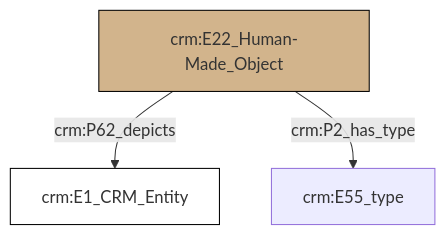
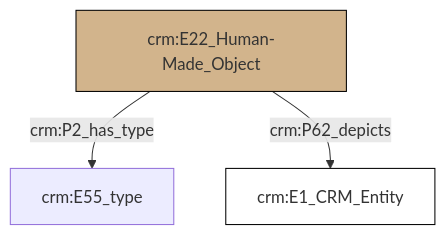
One commit to swiss-art-research-net/reference-data-models changed the diagram in et/builtWorkCSV/ttl/mmd/Built_Work_aboutness.ttl.mmd. Above: the diagram before and after it, drawn with Mermaid. The commit also changed 130 other files, not shown here.

```diff
--- a/et/builtWorkCSV/ttl/mmd/Built_Work_aboutness.ttl.mmd
+++ b/et/builtWorkCSV/ttl/mmd/Built_Work_aboutness.ttl.mmd
@@ -1,17 +1,17 @@
 graph TD
 classDef Literal fill:#f2f2f2,stroke:#000000;
 classDef CRM_Entity fill:#FFFFFF,stroke:#000000;
 classDef Temporal_Entity fill:#00C9E6, stroke:#000000;
 classDef Type fill:#E18312, stroke:#000000;
 classDef Time-Span fill:#2C9C91, stroke:#000000;
 classDef Appellation fill:#FFEB7F, stroke:#000000;
 classDef Place fill:#008836, stroke:#000000;
 classDef Persistent_Item fill:#B266B2, stroke:#000000;
 classDef Conceptual_Object fill:#FFD700, stroke:#000000;
 classDef Physical_Thing fill:#D2B48C, stroke:#000000;
 classDef Actor fill:#f58aad, stroke:#000000;
 classDef PC_Classes fill:#4ce600, stroke:#000000;
 classDef Multi fill:#cccccc,stroke:#000000;
 
-0["crm:E22_Human-Made_Object"]:::Physical_Thing -->|crm:P62_depicts| 1["crm:E1_CRM_Entity"]:::CRM_Entity
-0["crm:E22_Human-Made_Object"]:::Physical_Thing -->|crm:P2_has_type| 3["crm:E55_type"]:::Default
+0["crm:E22_Human-Made_Object"]:::Physical_Thing -->|crm:P2_has_type| 2["crm:E55_type"]:::Default
+0["crm:E22_Human-Made_Object"]:::Physical_Thing -->|crm:P62_depicts| 4["crm:E1_CRM_Entity"]:::CRM_Entity
```
